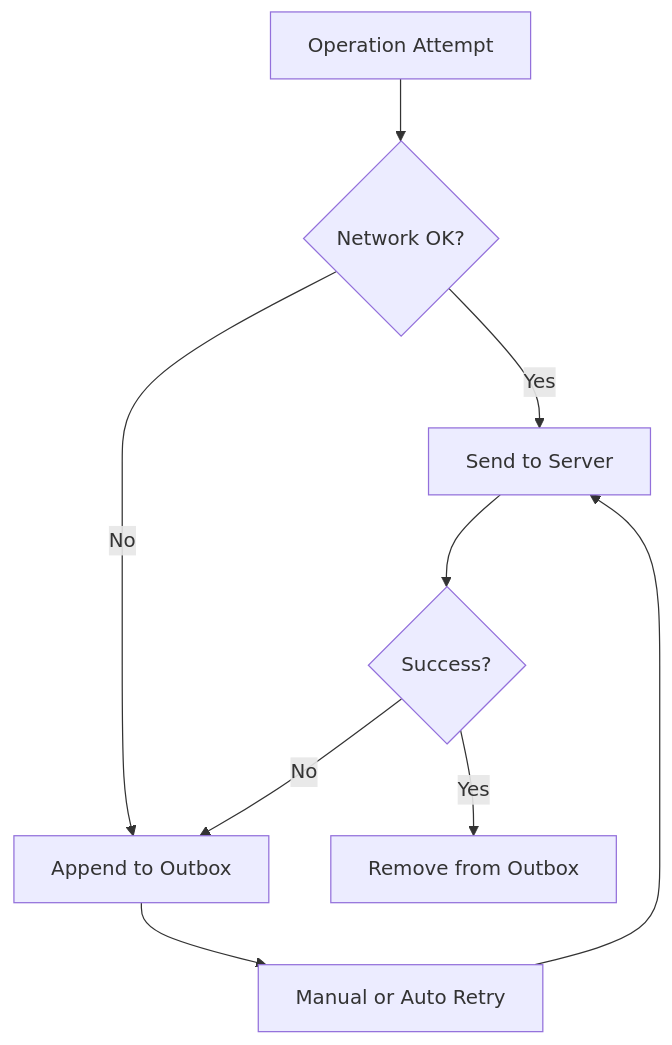
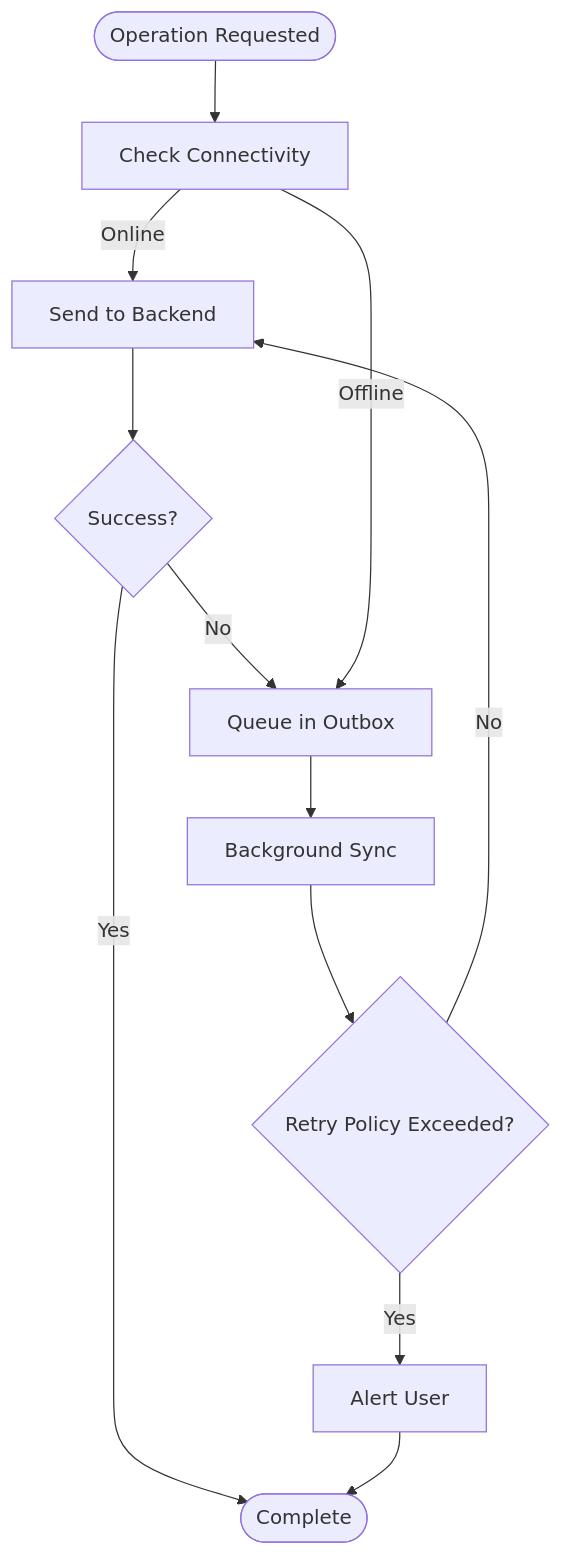
Before and after one commit to weiserman/ahm-gr-scanner-light-mode: the seventh of 9 diagrams in .qoder/repowiki/en/content/Core Features/Core Features.md, drawn with Mermaid. The commit also changed other lines of this file and 183 other files, not shown here.

````diff
--- a/.qoder/repowiki/en/content/Core Features/Core Features.md
+++ b/.qoder/repowiki/en/content/Core Features/Core Features.md
@@ -428,11 +381,14 @@
 ```mermaid
 flowchart TD
-Op["Operation Attempt"] --> Net{"Network OK?"}
-Net --> |Yes| Send["Send to Server"]
-Net --> |No| Queue["Append to Outbox"]
-Send --> Resp{"Success?"}
-Resp --> |Yes| Done["Remove from Outbox"]
-Resp --> |No| Queue
-Queue --> Retry["Manual or Auto Retry"]
-Retry --> Send
+Start(["Operation Requested"]) --> CheckConn["Check Connectivity"]
+CheckConn --> |Online| Send["Send to Backend"]
+Send --> Result{"Success?"}
+Result --> |Yes| Done(["Complete"])
+Result --> |No| Queue["Queue in Outbox"]
+CheckConn --> |Offline| Queue
+Queue --> Sync["Background Sync"]
+Sync --> Retry{"Retry Policy Exceeded?"}
+Retry --> |No| Send
+Retry --> |Yes| Alert["Alert User"]
+Alert --> Done
 ```
````
